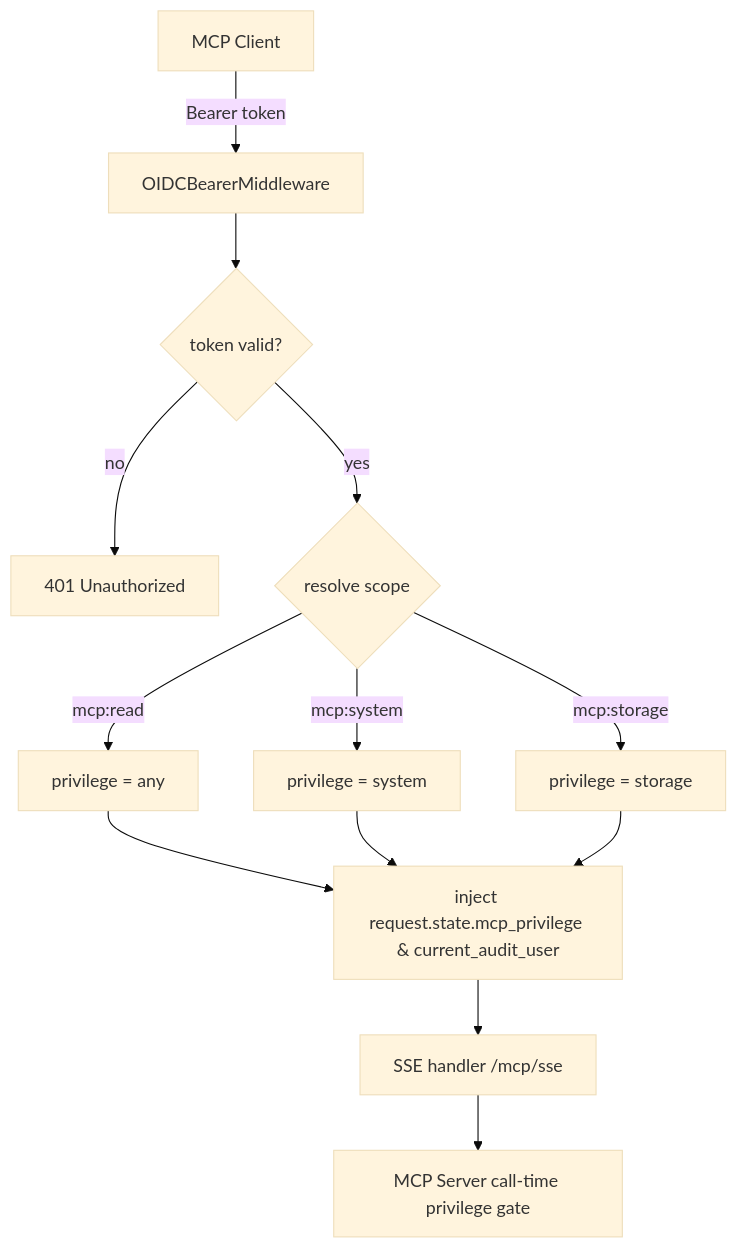
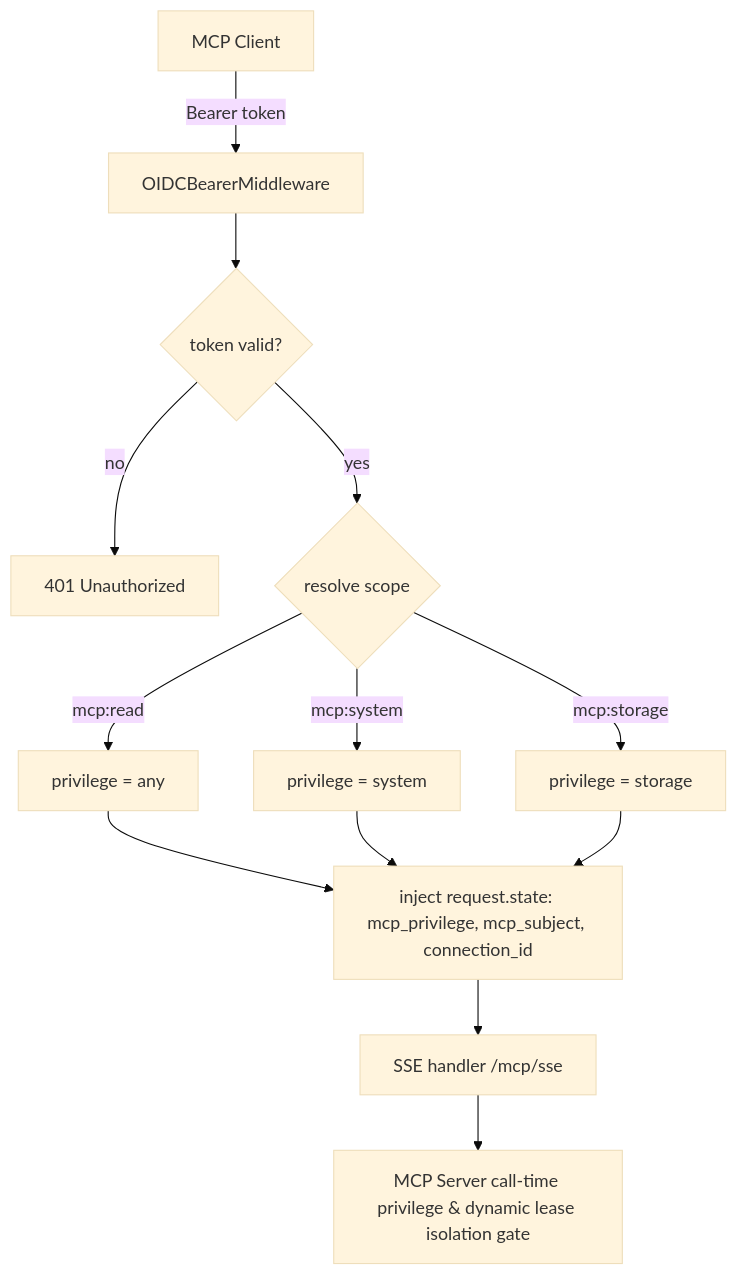
The second of 4 diagrams in docs/design/security-integrations.md (IBM/storage-protect-mcp-server), drawn with Mermaid (base theme) before and after one commit. The commit also changed other lines of this file and 29 other files, not shown here.

````diff
--- a/docs/design/security-integrations.md
+++ b/docs/design/security-integrations.md
@@ -57,13 +57,13 @@
 ```mermaid
 flowchart TD
     A[MCP Client] -->|Bearer token| B[OIDCBearerMiddleware]
     B --> C{token valid?}
     C -- no --> D[401 Unauthorized]
     C -- yes --> E{resolve scope}
     E -->|mcp:read| F[privilege = any]
     E -->|mcp:system| G[privilege = system]
     E -->|mcp:storage| H[privilege = storage]
-    F & G & H --> I[inject request.state.mcp_privilege & current_audit_user]
+    F & G & H --> I[inject request.state: mcp_privilege, mcp_subject, connection_id]
     I --> J[SSE handler /mcp/sse]
-    J --> K[MCP Server call-time privilege gate]
+    J --> K[MCP Server call-time privilege & dynamic lease isolation gate]
 ```
````
